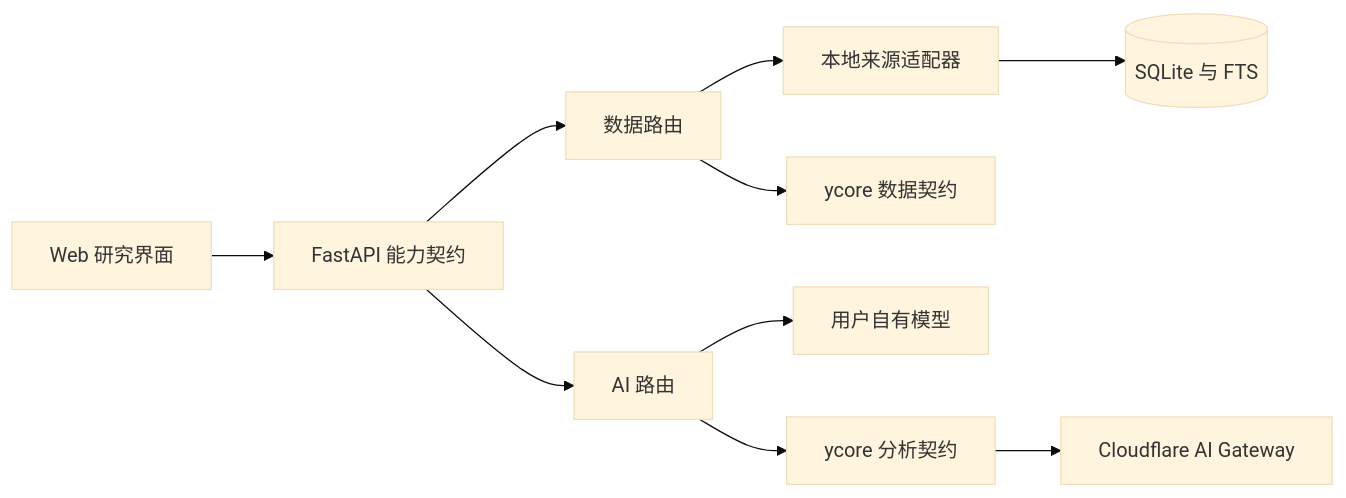
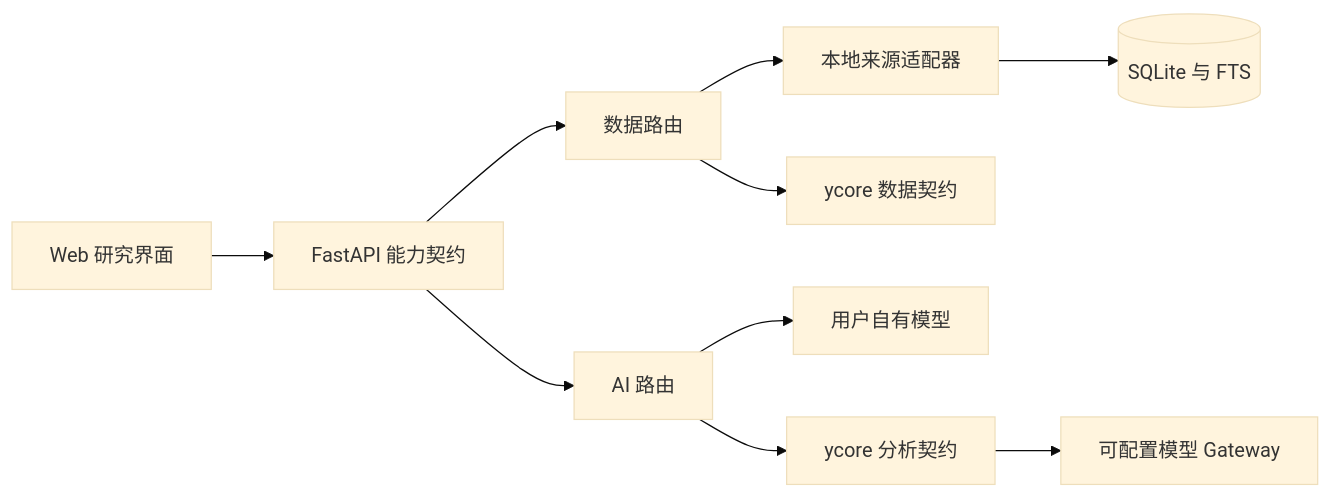
Before and after one commit to userydev/ytrader: the diagram in docs/ARCHITECTURE.md, drawn with Mermaid (base theme). The commit also changed other lines of this file and 116 other files, not shown here.

````diff
--- a/docs/ARCHITECTURE.md
+++ b/docs/ARCHITECTURE.md
@@ -5,12 +5,12 @@
 ```mermaid
 flowchart LR
   Web[Web 研究界面] --> API[FastAPI 能力契约]
   API --> Data[数据路由]
   API --> AI[AI 路由]
   Data --> Local[本地来源适配器]
   Data --> YD[ycore 数据契约]
   Local --> DB[(SQLite 与 FTS)]
   AI --> Own[用户自有模型]
   AI --> YA[ycore 分析契约]
-  YA --> Gateway[Cloudflare AI Gateway]
+  YA --> Gateway[可配置模型 Gateway]
 ```
````
